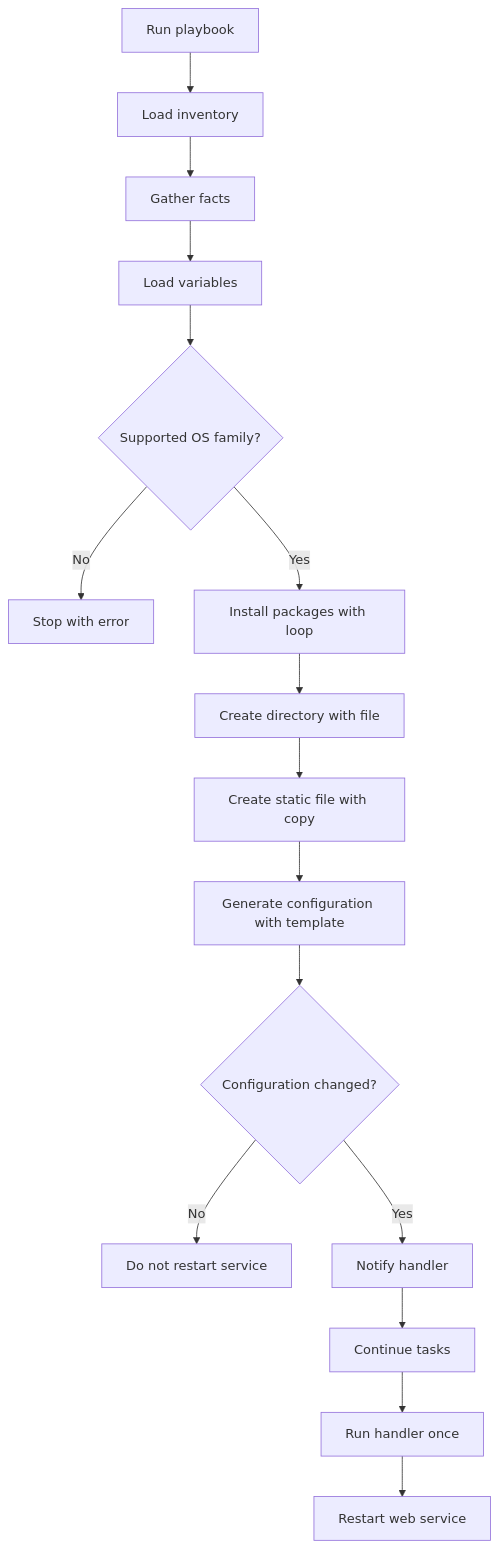
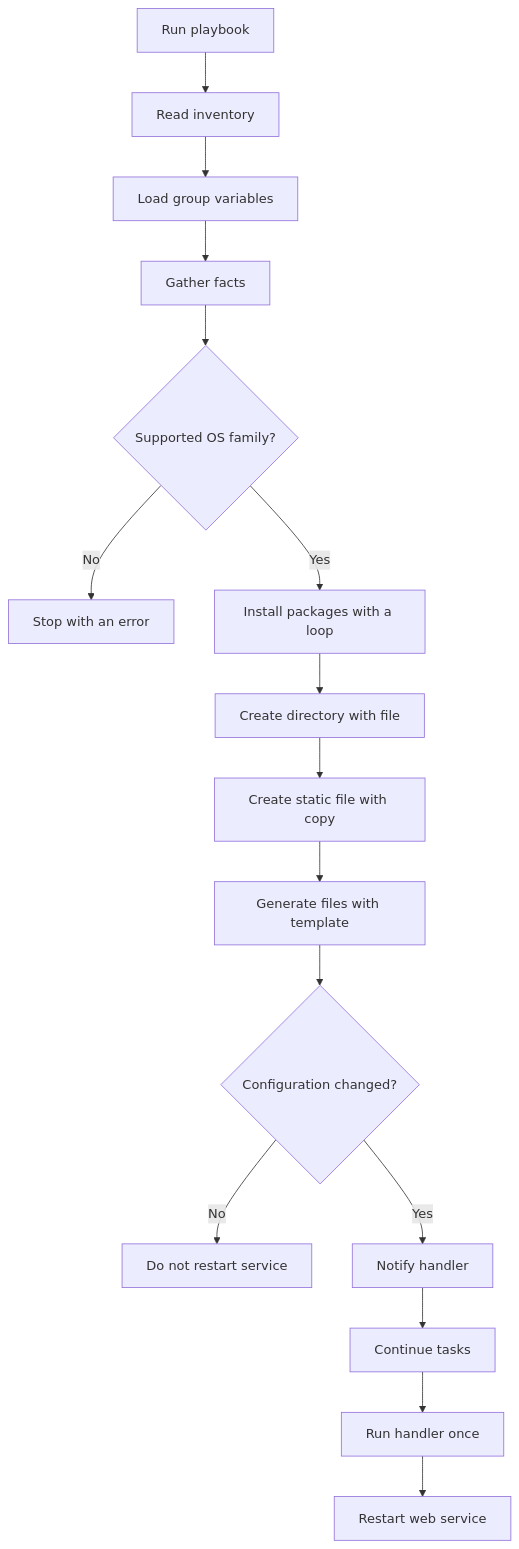
Before and after one commit to Ansible-workshop-ch/bootcamp: the fourth of 4 diagrams in module05/conditions-loops-handlers-templates.md, drawn with Mermaid. The commit also changed other lines of this file, not shown here.

````diff
--- a/module05/conditions-loops-handlers-templates.md
+++ b/module05/conditions-loops-handlers-templates.md
@@ -434,22 +387,22 @@
 ```mermaid
 flowchart TD
-    A[Run playbook] --> B[Load inventory]
-    B --> C[Gather facts]
-    C --> D[Load variables]
+    A[Run playbook] --> B[Read inventory]
+    B --> C[Load group variables]
+    C --> D[Gather facts]
 
     D --> E{Supported OS family?}
-    E -->|No| F[Stop with error]
-    E -->|Yes| G[Install packages with loop]
+    E -->|No| F[Stop with an error]
+    E -->|Yes| G[Install packages with a loop]
 
     G --> H[Create directory with file]
     H --> I[Create static file with copy]
-    I --> J[Generate configuration with template]
+    I --> J[Generate files with template]
 
     J --> K{Configuration changed?}
     K -->|No| L[Do not restart service]
     K -->|Yes| M[Notify handler]
 
     M --> N[Continue tasks]
     N --> O[Run handler once]
     O --> P[Restart web service]
 ```
````
